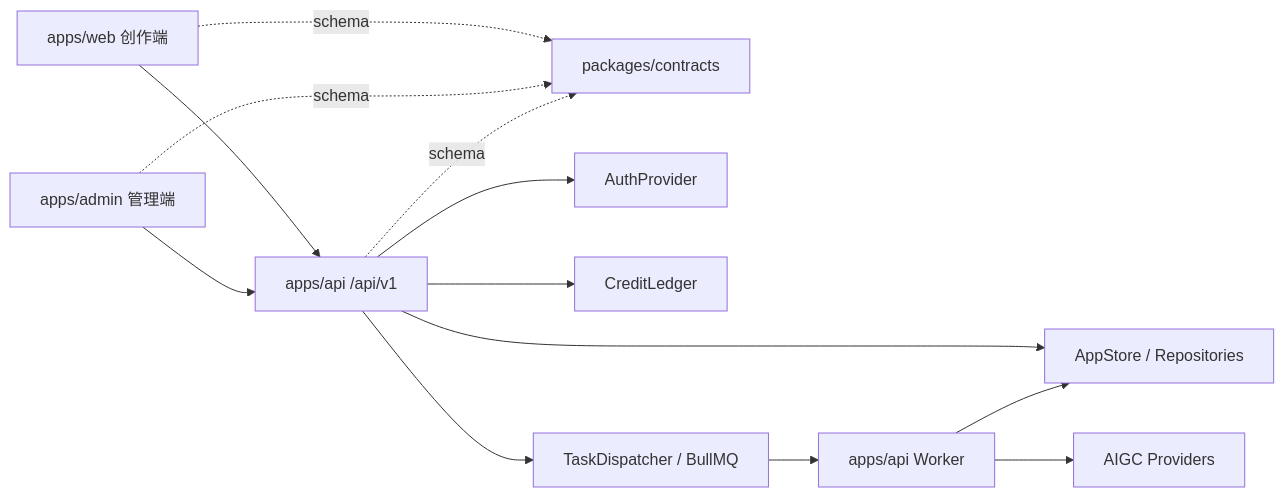
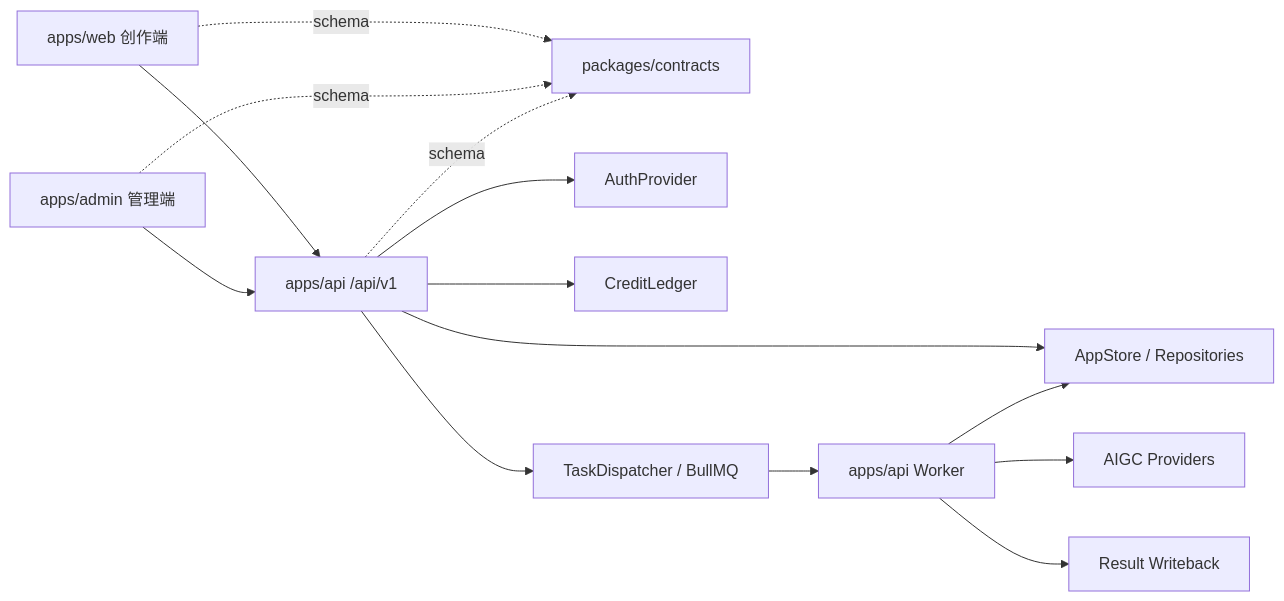
Before and after one commit to usaaron/AIGC_Video_Platform: the diagram in docs/ARCHITECTURE.md, drawn with Mermaid. The commit also changed other lines of this file and 6 other files, not shown here.

````diff
--- a/docs/ARCHITECTURE.md
+++ b/docs/ARCHITECTURE.md
@@ -7,15 +7,16 @@
 ```mermaid
 flowchart LR
   Web["apps/web 创作端"] --> API["apps/api /api/v1"]
   Admin["apps/admin 管理端"] --> API
   Web -. schema .-> Contracts["packages/contracts"]
   Admin -. schema .-> Contracts
   API -. schema .-> Contracts
   API --> Auth["AuthProvider"]
   API --> Ledger["CreditLedger"]
   API --> Repo["AppStore / Repositories"]
   API --> Queue["TaskDispatcher / BullMQ"]
   Queue --> Worker["apps/api Worker"]
   Worker --> Repo
   Worker --> Providers["AIGC Providers"]
+  Worker --> Writeback["Result Writeback"]
 ```
````
